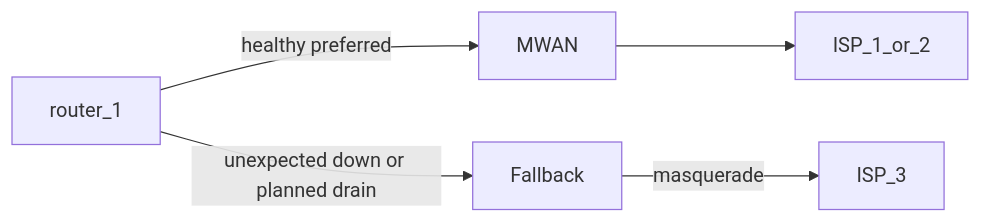
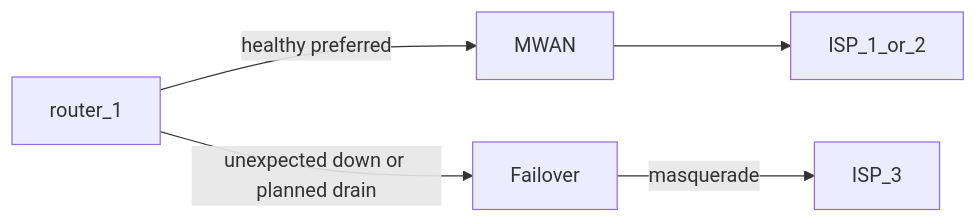
Before and after one commit to agoodkind/configs: the sixth of 10 diagrams in docs/mwan.md, drawn with Mermaid. The commit also changed other lines of this file, not shown here.

First line of the commit message:
Rewrite MWAN architecture page as complete spoken sentences (#270)

````diff
--- a/docs/mwan.md
+++ b/docs/mwan.md
@@ -220,12 +261,12 @@
 ```mermaid
 flowchart LR
   r1[router_1]
   mwan[MWAN]
-  fb[Fallback]
+  fo[Failover]
   isp12[ISP_1_or_2]
   isp3[ISP_3]
   r1 -->|"healthy preferred"| mwan
-  r1 -->|"unexpected down or planned drain"| fb
+  r1 -->|"unexpected down or planned drain"| fo
   mwan --> isp12
-  fb -->|masquerade| isp3
+  fo -->|masquerade| isp3
 ```
````
